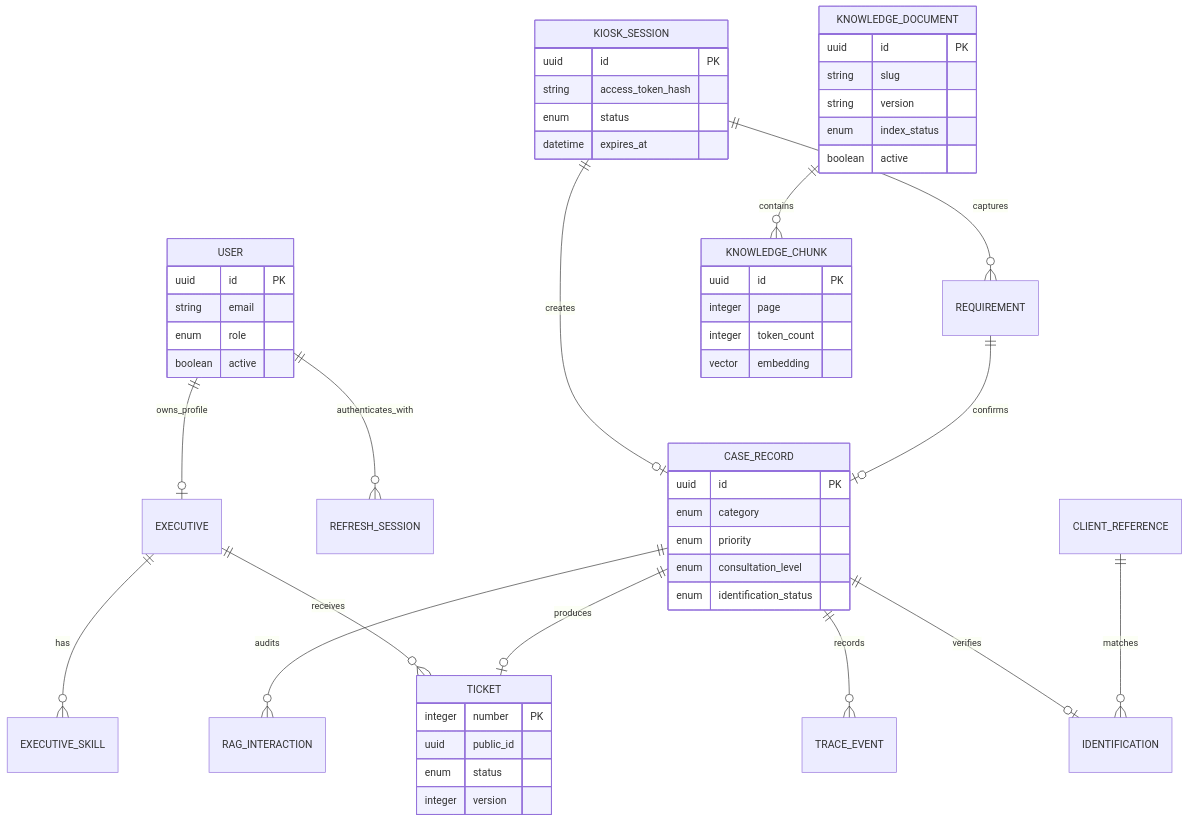
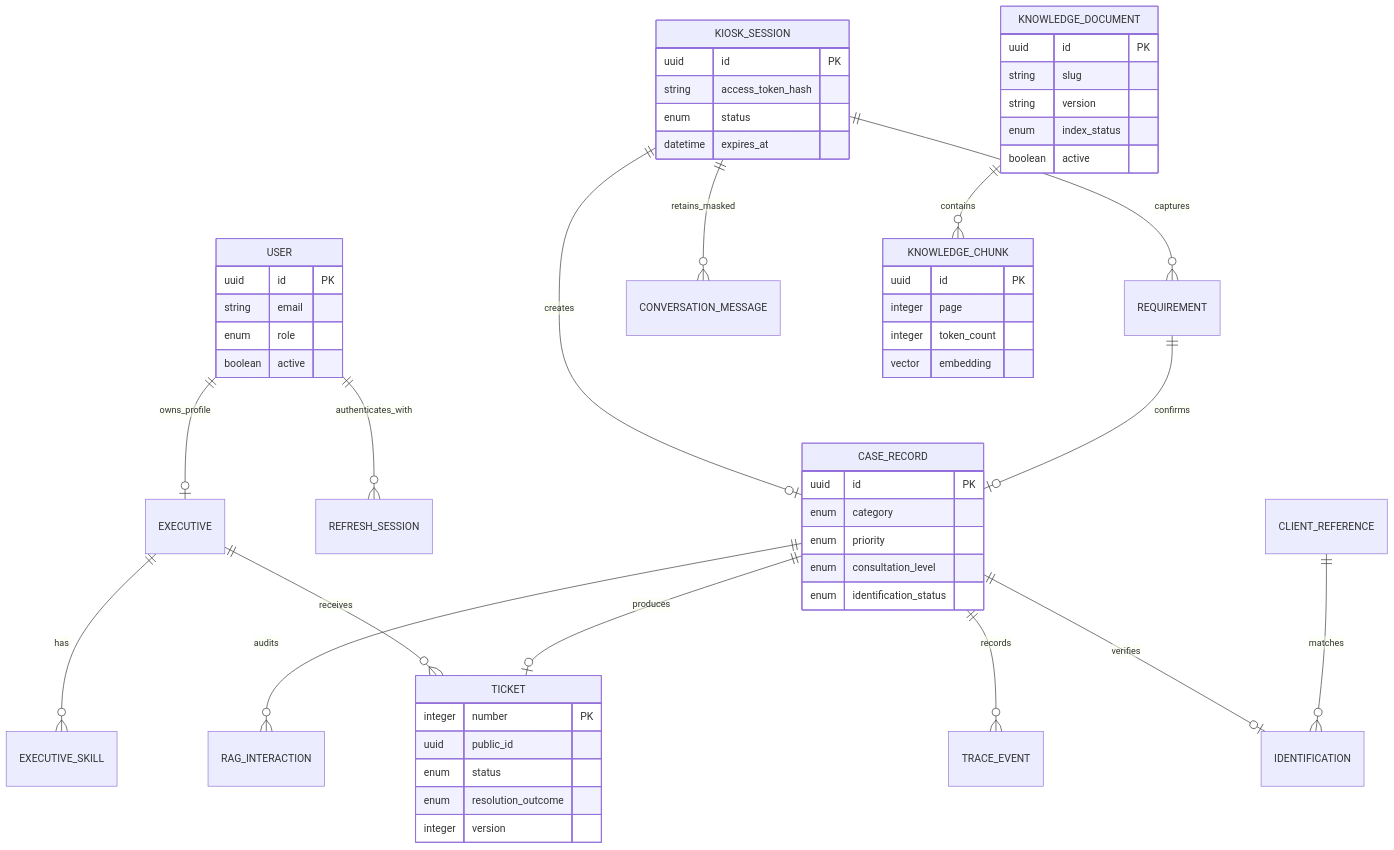
Before and after one commit to ChristianMendozaa/banking-orchestration-system: the sixth of 6 diagrams in README.md, drawn with Mermaid. The commit also changed other lines of this file and 35 other files, not shown here.

````diff
--- a/README.md
+++ b/README.md
@@ -280,57 +280,59 @@
 ```mermaid
 erDiagram
     USER ||--o| EXECUTIVE : owns_profile
     USER ||--o{ REFRESH_SESSION : authenticates_with
     EXECUTIVE ||--o{ EXECUTIVE_SKILL : has
     EXECUTIVE ||--o{ TICKET : receives
 
     KIOSK_SESSION ||--o{ REQUIREMENT : captures
+    KIOSK_SESSION ||--o{ CONVERSATION_MESSAGE : retains_masked
     KIOSK_SESSION ||--o| CASE_RECORD : creates
     REQUIREMENT ||--o| CASE_RECORD : confirms
     CASE_RECORD ||--o| IDENTIFICATION : verifies
     CLIENT_REFERENCE ||--o{ IDENTIFICATION : matches
     CASE_RECORD ||--o| TICKET : produces
     CASE_RECORD ||--o{ TRACE_EVENT : records
     CASE_RECORD ||--o{ RAG_INTERACTION : audits
 
     KNOWLEDGE_DOCUMENT ||--o{ KNOWLEDGE_CHUNK : contains
 
     USER {
         uuid id PK
         string email
         enum role
         boolean active
     }
     KIOSK_SESSION {
         uuid id PK
         string access_token_hash
         enum status
         datetime expires_at
     }
     CASE_RECORD {
         uuid id PK
         enum category
         enum priority
         enum consultation_level
         enum identification_status
     }
     TICKET {
         integer number PK
         uuid public_id
         enum status
+        enum resolution_outcome
         integer version
     }
     KNOWLEDGE_DOCUMENT {
         uuid id PK
         string slug
         string version
         enum index_status
         boolean active
     }
     KNOWLEDGE_CHUNK {
         uuid id PK
         integer page
         integer token_count
         vector embedding
     }
 ```
````
